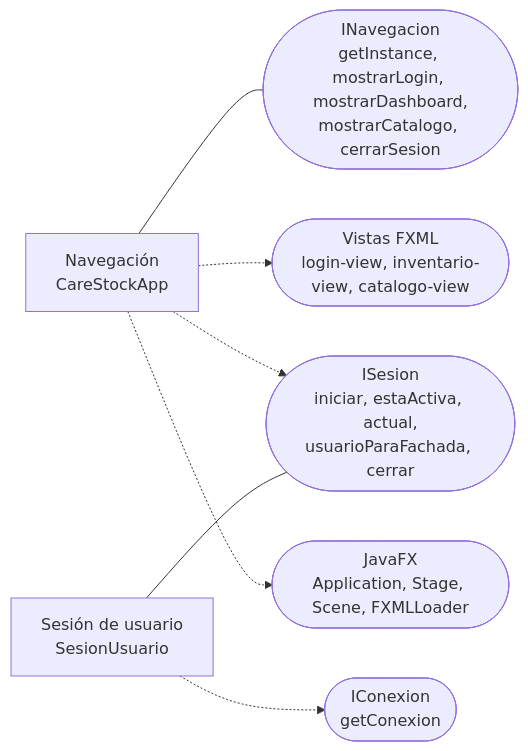
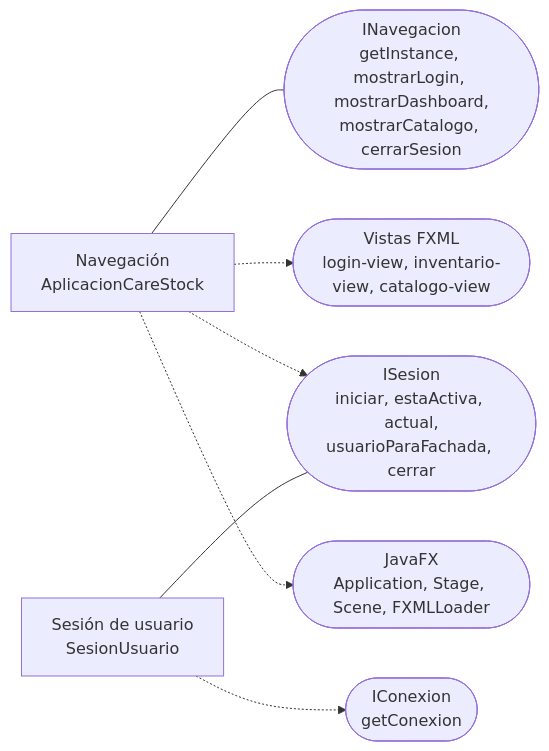
The diagram in docs/diagramas/COMPONENTE_NAVEGACION_SESION.md (puj-course/FIS_2630_1204_G1), drawn with Mermaid before and after one commit. The commit also changed other lines of this file and 121 other files, not shown here.

````diff
--- a/docs/diagramas/COMPONENTE_NAVEGACION_SESION.md
+++ b/docs/diagramas/COMPONENTE_NAVEGACION_SESION.md
@@ -7,17 +7,17 @@
 ```mermaid
 flowchart LR
-    NAV["Navegación<br/>CareStockApp"]
+    NAV["Navegación<br/>AplicacionCareStock"]
     SES["Sesión de usuario<br/>SesionUsuario"]
     INAV(["INavegacion<br/>getInstance, mostrarLogin, mostrarDashboard,<br/>mostrarCatalogo, cerrarSesion"])
     ISES(["ISesion<br/>iniciar, estaActiva, actual,<br/>usuarioParaFachada, cerrar"])
     IFXML(["Vistas FXML<br/>login-view, inventario-view, catalogo-view"])
     IJFX(["JavaFX<br/>Application, Stage, Scene, FXMLLoader"])
     ICON(["IConexion<br/>getConexion"])
 
     NAV --- INAV
     SES --- ISES
     NAV -.-> ISES
     NAV -.-> IFXML
     NAV -.-> IJFX
     SES -.-> ICON
 ```
````
